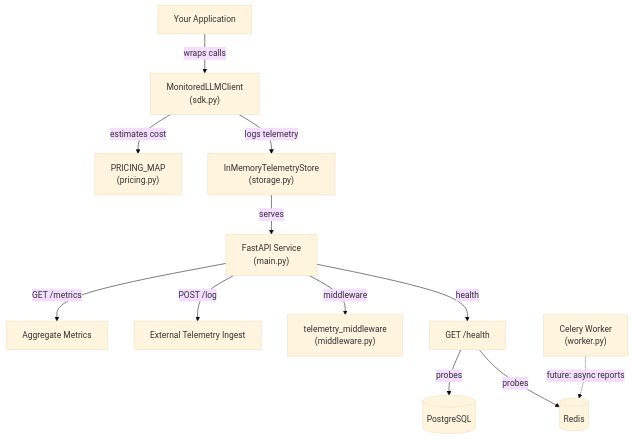
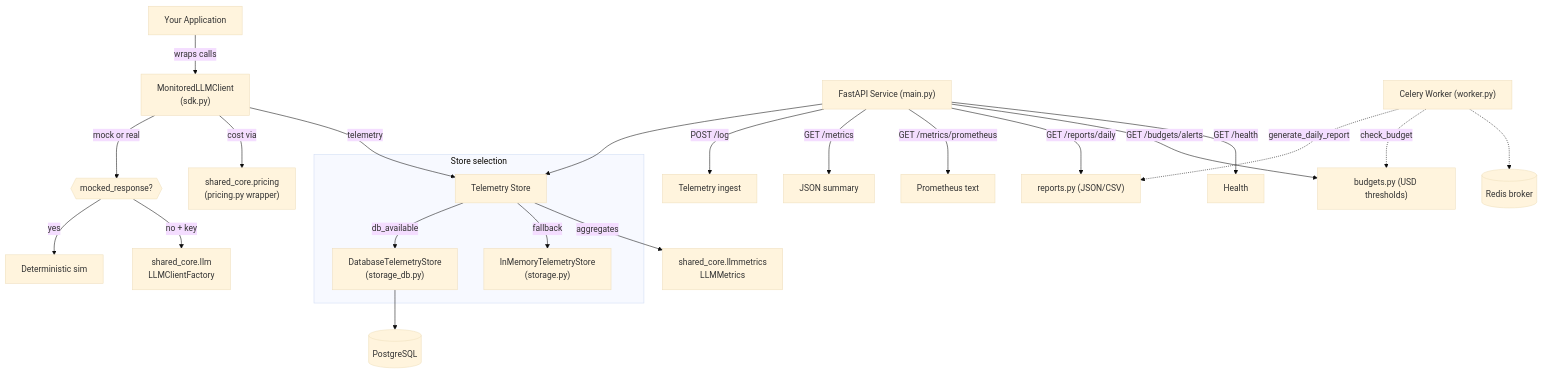
The diagram in README.md (FishRaposo/llm-cost-latency-monitor), drawn with Mermaid (base theme) before and after one commit. The commit also changed other lines of this file and 94 other files, not shown here.

````diff
--- a/README.md
+++ b/README.md
@@ -34,14 +37,29 @@
 ```mermaid
 graph TD
     App["Your Application"] -->|wraps calls| SDK["MonitoredLLMClient<br/>(sdk.py)"]
-    SDK -->|estimates cost| Pricing["PRICING_MAP<br/>(pricing.py)"]
-    SDK -->|logs telemetry| Store["InMemoryTelemetryStore<br/>(storage.py)"]
-    Store -->|serves| API["FastAPI Service<br/>(main.py)"]
-    API -->|GET /metrics| Metrics["Aggregate Metrics"]
-    API -->|POST /log| Ingest["External Telemetry Ingest"]
-    API -->|middleware| MW["telemetry_middleware<br/>(middleware.py)"]
-    API -->|health| HC["GET /health"]
-    HC -->|probes| DB[(PostgreSQL)]
-    HC -->|probes| Redis[(Redis)]
-    Worker["Celery Worker<br/>(worker.py)"] -.->|future: async reports| Redis
+    SDK -->|mock or real| Provider{{"mocked_response?"}}
+    Provider -->|yes| Sim["Deterministic sim"]
+    Provider -->|no + key| Real["shared_core.llm<br/>LLMClientFactory"]
+    SDK -->|cost via| Pricing["shared_core.pricing<br/>(pricing.py wrapper)"]
+    SDK -->|telemetry| Store["Telemetry Store"]
+
+    subgraph Store selection
+        Store -->|db_available| DBStore["DatabaseTelemetryStore<br/>(storage_db.py)"]
+        Store -->|fallback| MemStore["InMemoryTelemetryStore<br/>(storage.py)"]
+    end
+    DBStore --> PG[(PostgreSQL)]
+
+    Store -->|aggregates| Metrics["shared_core.llmmetrics<br/>LLMMetrics"]
+
+    API["FastAPI Service (main.py)"] --> Store
+    API -->|POST /log| Ingest["Telemetry ingest"]
+    API -->|GET /metrics| Summary["JSON summary"]
+    API -->|GET /metrics/prometheus| Prom["Prometheus text"]
+    API -->|GET /reports/daily| Reports["reports.py (JSON/CSV)"]
+    API -->|GET /budgets/alerts| Budgets["budgets.py (USD thresholds)"]
+    API -->|GET /health| HC["Health"]
+
+    Worker["Celery Worker (worker.py)"] -.->|generate_daily_report| Reports
+    Worker -.->|check_budget| Budgets
+    Worker -.-> Redis[(Redis broker)]
 ```
````
